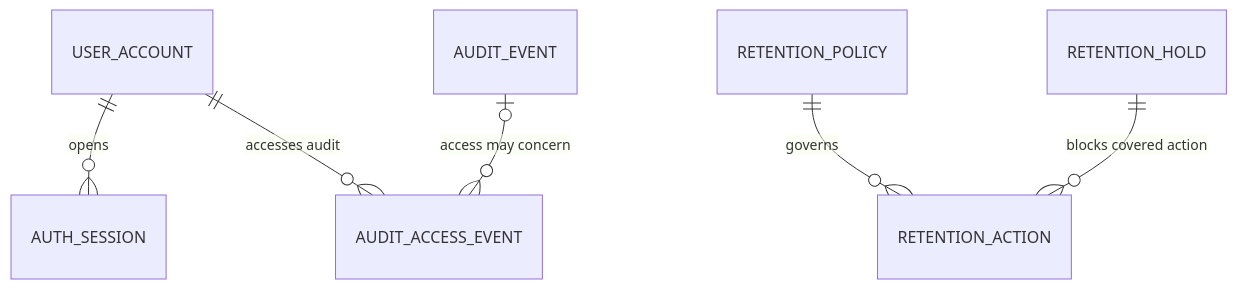
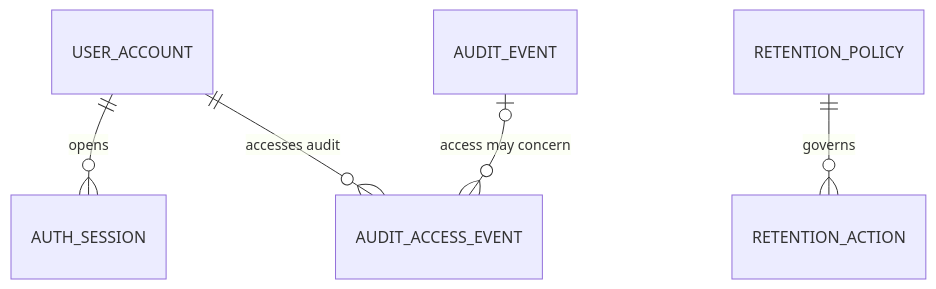
One commit to olatoyemmanuel/district-youth-management-system changed the eighth of 8 diagrams in docs/architecture/PHASE-1-CONCEPTUAL-ERD-DIAGRAMS.md. Above: the diagram before and after it, drawn with Mermaid.

Commit message:
docs: keep retention holds independent in ERD diagram

````diff
--- a/docs/architecture/PHASE-1-CONCEPTUAL-ERD-DIAGRAMS.md
+++ b/docs/architecture/PHASE-1-CONCEPTUAL-ERD-DIAGRAMS.md
@@ -117,8 +117,7 @@
 ```mermaid
 erDiagram
     USER_ACCOUNT ||--o{ AUTH_SESSION : "opens"
     RETENTION_POLICY ||--o{ RETENTION_ACTION : "governs"
     USER_ACCOUNT ||--o{ AUDIT_ACCESS_EVENT : "accesses audit"
     AUDIT_EVENT o|--o{ AUDIT_ACCESS_EVENT : "access may concern"
-    RETENTION_HOLD ||--o{ RETENTION_ACTION : "blocks covered action"
 ```
````
